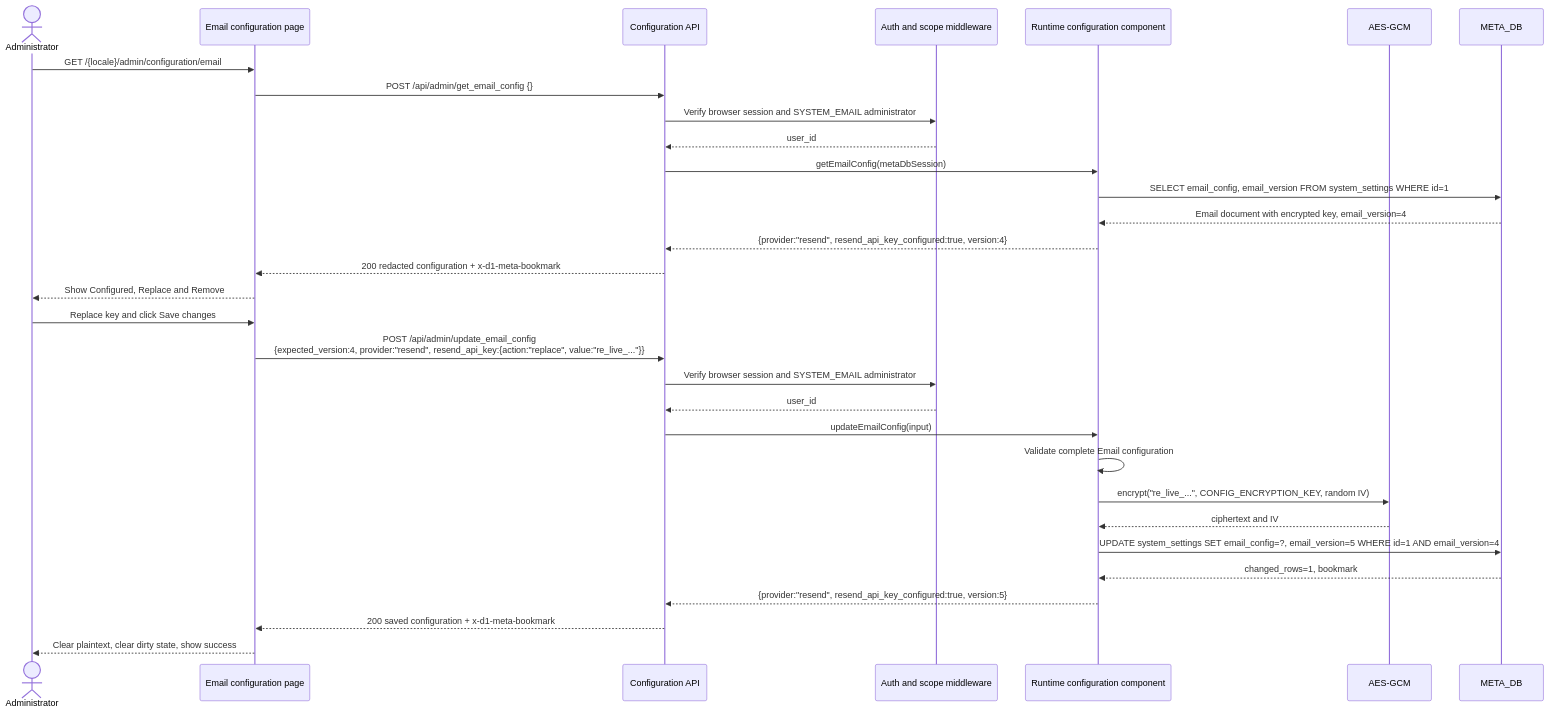
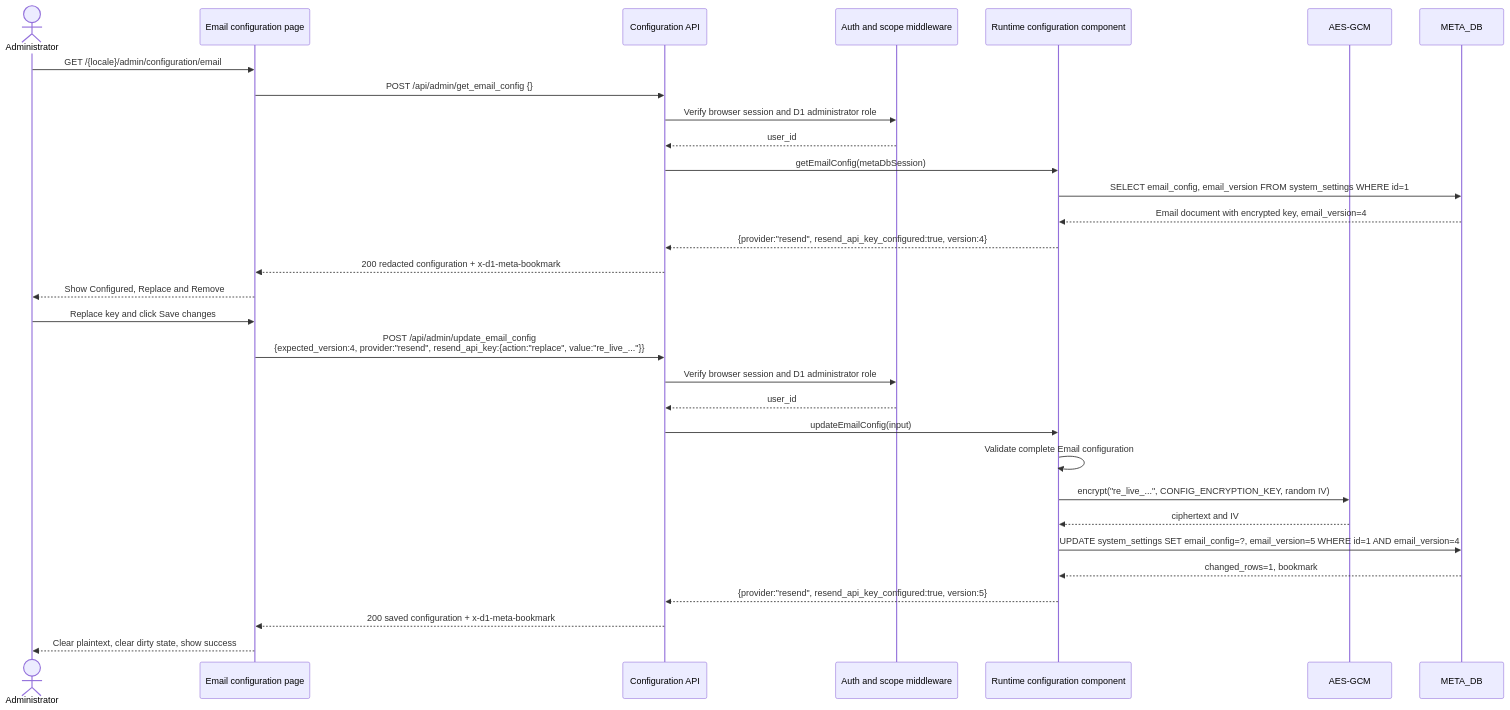
One commit to glidea/opcstack changed the fifth of 11 diagrams in docs/v025/tech-design.md. Above: the diagram before and after it, drawn with Mermaid. The commit also changed other lines of this file and 59 other files, not shown here.

Commit message:
feat(auth): initialize administrator in D1

````diff
--- a/docs/v025/tech-design.md
+++ b/docs/v025/tech-design.md
@@ -1270,35 +1270,35 @@
 ```mermaid
 sequenceDiagram
   actor Admin as Administrator
   participant Page as Email configuration page
   participant API as Configuration API
   participant Auth as Auth and scope middleware
   participant Config as Runtime configuration component
   participant Crypto as AES-GCM
   participant Meta as META_DB
 
   Admin->>Page: GET /{locale}/admin/configuration/email
   Page->>API: POST /api/admin/get_email_config {}
-  API->>Auth: Verify browser session and SYSTEM_EMAIL administrator
+  API->>Auth: Verify browser session and D1 administrator role
   Auth-->>API: user_id
   API->>Config: getEmailConfig(metaDbSession)
   Config->>Meta: SELECT email_config, email_version FROM system_settings WHERE id=1
   Meta-->>Config: Email document with encrypted key, email_version=4
   Config-->>API: {provider:"resend", resend_api_key_configured:true, version:4}
   API-->>Page: 200 redacted configuration + x-d1-meta-bookmark
   Page-->>Admin: Show Configured, Replace and Remove
 
   Admin->>Page: Replace key and click Save changes
   Page->>API: POST /api/admin/update_email_config<br/>{expected_version:4, provider:"resend", resend_api_key:{action:"replace", value:"re_live_..."}}
-  API->>Auth: Verify browser session and SYSTEM_EMAIL administrator
+  API->>Auth: Verify browser session and D1 administrator role
   Auth-->>API: user_id
   API->>Config: updateEmailConfig(input)
   Config->>Config: Validate complete Email configuration
   Config->>Crypto: encrypt("re_live_...", CONFIG_ENCRYPTION_KEY, random IV)
   Crypto-->>Config: ciphertext and IV
   Config->>Meta: UPDATE system_settings SET email_config=?, email_version=5 WHERE id=1 AND email_version=4
   Meta-->>Config: changed_rows=1, bookmark
   Config-->>API: {provider:"resend", resend_api_key_configured:true, version:5}
   API-->>Page: 200 saved configuration + x-d1-meta-bookmark
   Page-->>Admin: Clear plaintext, clear dirty state, show success
 ```
````
